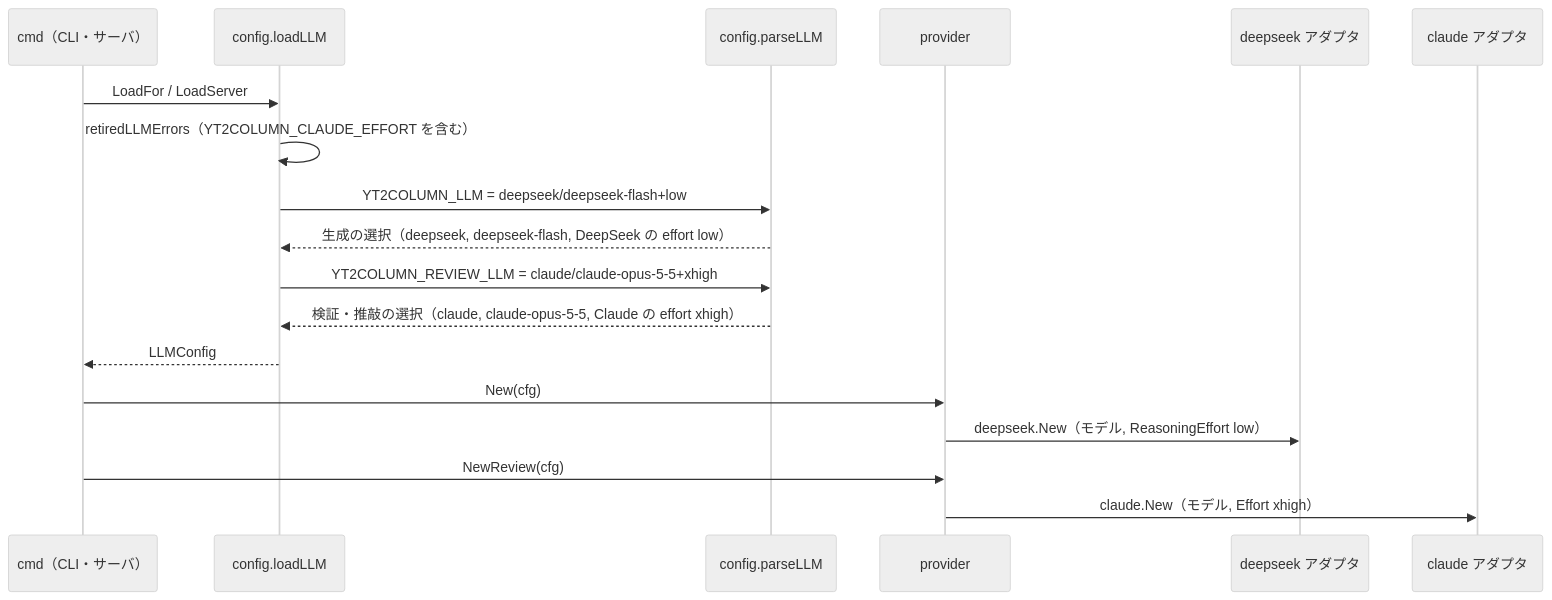
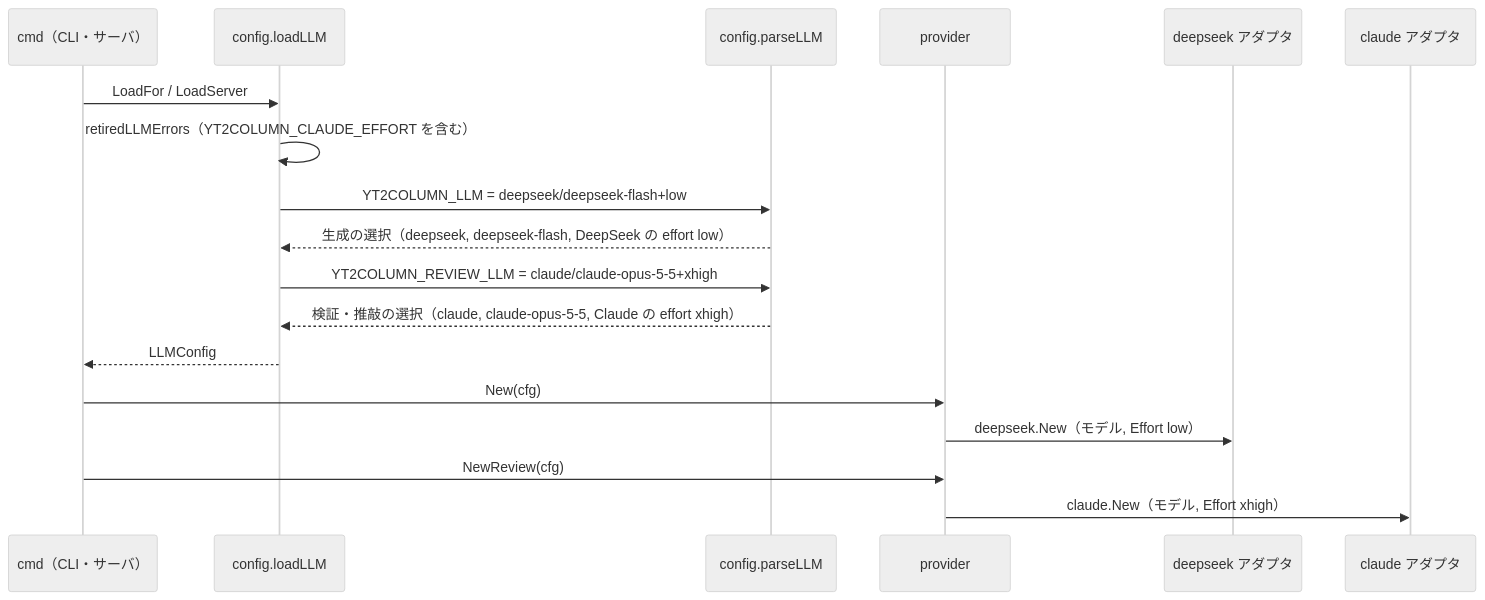
One commit to isseis/yt2column changed the third of 5 diagrams in docs/tasks/0051_llm_effort/02_architecture.md. Above: the diagram before and after it, drawn with Mermaid (neutral theme). The commit also changed other lines of this file, not shown here.

First line of the commit message:
docs(0051): apply the architecture and prose review fixes

````diff
--- a/docs/tasks/0051_llm_effort/02_architecture.md
+++ b/docs/tasks/0051_llm_effort/02_architecture.md
@@ -204,21 +215,21 @@
 ```mermaid
 sequenceDiagram
     participant RUN as cmd（CLI・サーバ）
     participant CFG as config.loadLLM
     participant P as config.parseLLM
     participant PRV as provider
     participant DS as deepseek アダプタ
     participant CL as claude アダプタ
 
     RUN->>CFG: LoadFor / LoadServer
     CFG->>CFG: retiredLLMErrors（YT2COLUMN_CLAUDE_EFFORT を含む）
     CFG->>P: YT2COLUMN_LLM = deepseek/deepseek-flash+low
     P-->>CFG: 生成の選択（deepseek, deepseek-flash, DeepSeek の effort low）
     CFG->>P: YT2COLUMN_REVIEW_LLM = claude/claude-opus-5-5+xhigh
     P-->>CFG: 検証・推敲の選択（claude, claude-opus-5-5, Claude の effort xhigh）
     CFG-->>RUN: LLMConfig
     RUN->>PRV: New(cfg)
-    PRV->>DS: deepseek.New（モデル, ReasoningEffort low）
+    PRV->>DS: deepseek.New（モデル, Effort low）
     RUN->>PRV: NewReview(cfg)
     PRV->>CL: claude.New（モデル, Effort xhigh）
 ```
````
